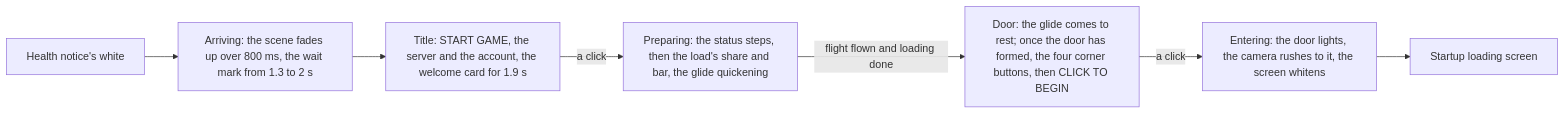
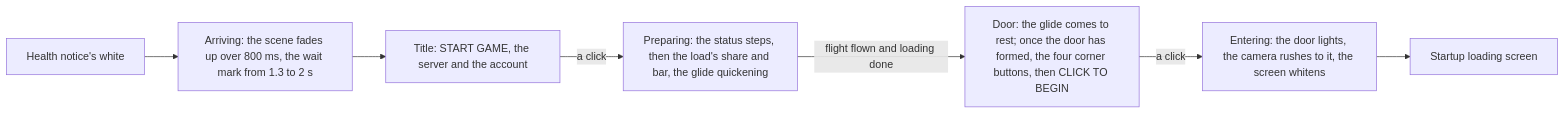
Before and after one commit to Esposter/Esposter: the first of 2 diagrams in apps/web/content/docs/genshin/login-screen.md, drawn with Mermaid. The commit also changed other lines of this file and 2 other files, not shown here.

Commit message:
fix(genshin-world): hold the account kit's welcome card back until the page has an account to welcome
Claude-Session: https://claude.ai/code/session_01UB5qnXd94k6pJDNWa5tv7a

````diff
--- a/apps/web/content/docs/genshin/login-screen.md
+++ b/apps/web/content/docs/genshin/login-screen.md
@@ -12,9 +12,9 @@
 ```mermaid
 flowchart LR
   N[Health notice's white] --> A[Arriving: the scene fades up over 800 ms, the wait mark from 1.3 to 2 s]
-  A --> T[Title: START GAME, the server and the account, the welcome card for 1.9 s]
+  A --> T[Title: START GAME, the server and the account]
   T -->|a click| P[Preparing: the status steps, then the load's share and bar, the glide quickening]
   P -->|"flight flown and loading done"| D[Door: the glide comes to rest; once the door has formed, the four corner buttons, then CLICK TO BEGIN]
   D -->|a click| E[Entering: the door lights, the camera rushes to it, the screen whitens]
   E --> S[Startup loading screen]
 ```
````
